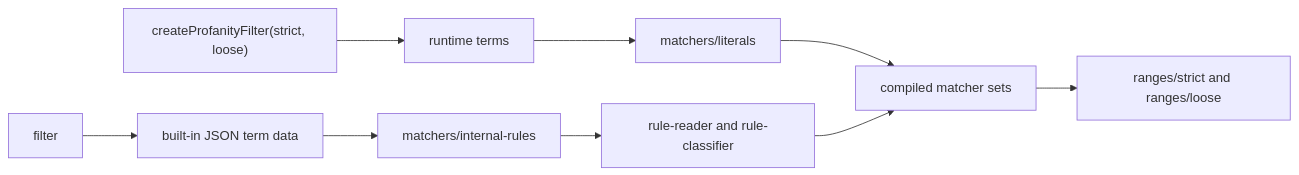
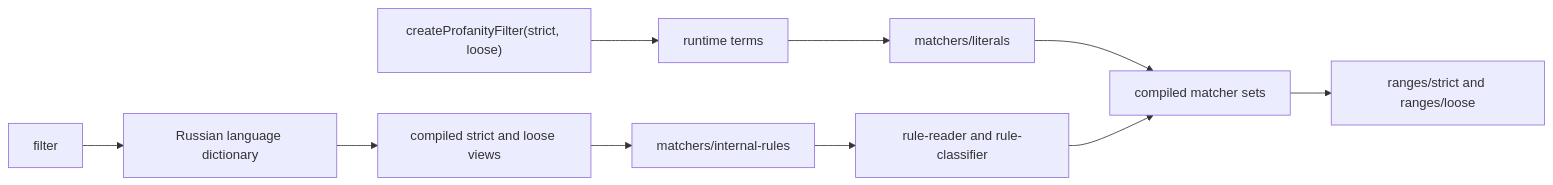
One commit to textfilters/textfilters changed the second of 4 diagrams in docs/architecture.md. Above: the diagram before and after it, drawn with Mermaid. The commit also changed other lines of this file and 14 other files, not shown here.

Commit message:
refactor: model Russian corpus as language dictionary

````diff
--- a/docs/architecture.md
+++ b/docs/architecture.md
@@ -47,11 +47,12 @@
 ```mermaid
 flowchart LR
   PublicAPI["createProfanityFilter(strict, loose)"] --> RuntimeTerms["runtime terms"]
   RuntimeTerms --> LiteralCompiler["matchers/literals"]
-  DefaultFilter["filter"] --> BuiltInTerms["built-in JSON term data"]
-  BuiltInTerms --> InternalRules["matchers/internal-rules"]
+  DefaultFilter["filter"] --> RussianDictionary["Russian language dictionary"]
+  RussianDictionary --> MatcherViews["compiled strict and loose views"]
+  MatcherViews --> InternalRules["matchers/internal-rules"]
   InternalRules --> Reader["rule-reader and rule-classifier"]
   LiteralCompiler --> Matchers["compiled matcher sets"]
   Reader --> Matchers
   Matchers --> Ranges["ranges/strict and ranges/loose"]
 ```
````
